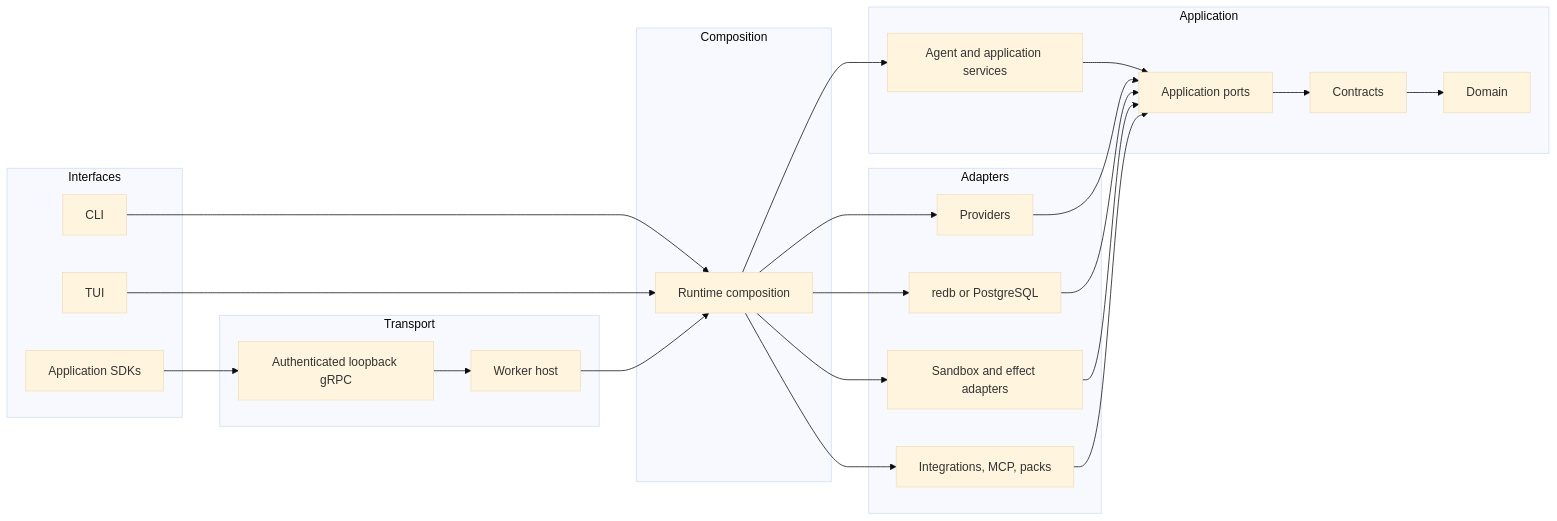
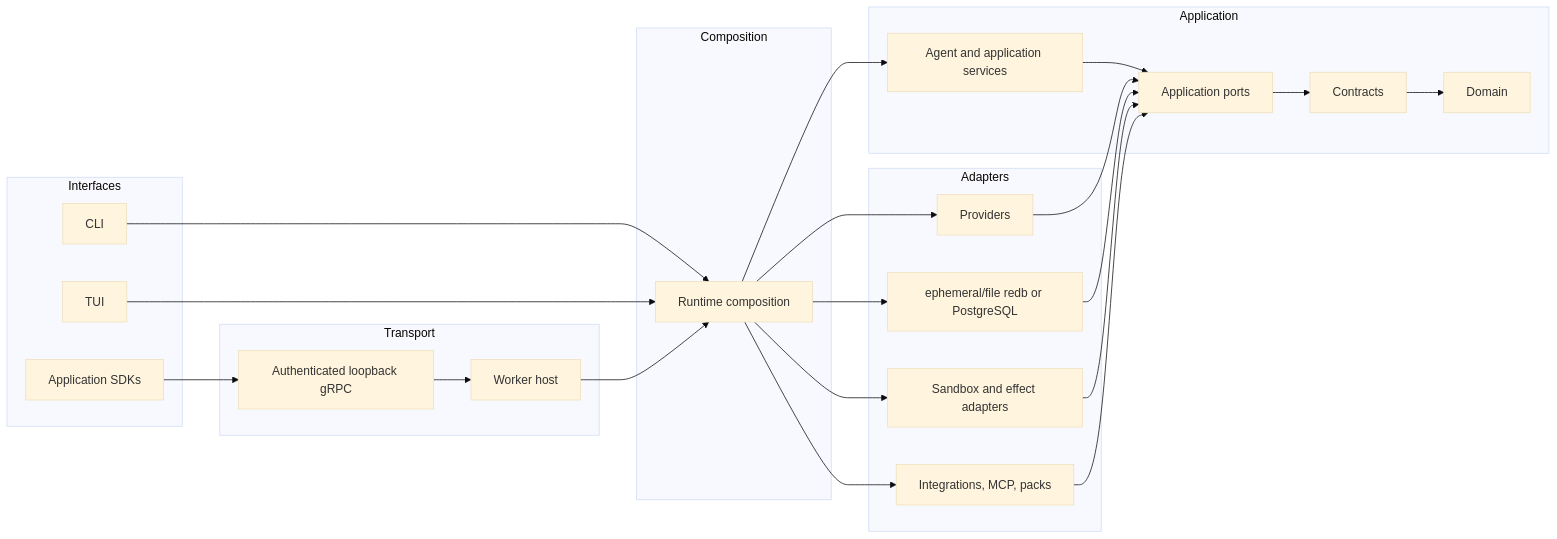
One commit to obscuritylabs/Colossus changed the diagram in docs/develop/architecture.md. Above: the diagram before and after it, drawn with Mermaid (base theme). The commit also changed 23 other files, not shown here.

````diff
--- a/docs/develop/architecture.md
+++ b/docs/develop/architecture.md
@@ -16,45 +16,45 @@
 ```mermaid
 flowchart LR
     subgraph Interfaces
       CLI["CLI"]
       TUI["TUI"]
       SDK["Application SDKs"]
     end
     subgraph Transport
       GRPC["Authenticated loopback gRPC"]
       Worker["Worker host"]
     end
     subgraph Composition
       Runtime["Runtime composition"]
     end
     subgraph Application
       Agent["Agent and application services"]
       Ports["Application ports"]
       Contracts["Contracts"]
       Domain["Domain"]
     end
     subgraph Adapters
       Provider["Providers"]
-      Journal["redb or PostgreSQL"]
+      Journal["ephemeral/file redb or PostgreSQL"]
       Sandbox["Sandbox and effect adapters"]
       Extensions["Integrations, MCP, packs"]
     end
 
     CLI --> Runtime
     TUI --> Runtime
     SDK --> GRPC
     GRPC --> Worker
     Worker --> Runtime
     Runtime --> Agent
     Agent --> Ports
     Ports --> Contracts
     Contracts --> Domain
     Runtime --> Provider
     Runtime --> Journal
     Runtime --> Sandbox
     Runtime --> Extensions
     Provider --> Ports
     Journal --> Ports
     Sandbox --> Ports
     Extensions --> Ports
 ```
````
